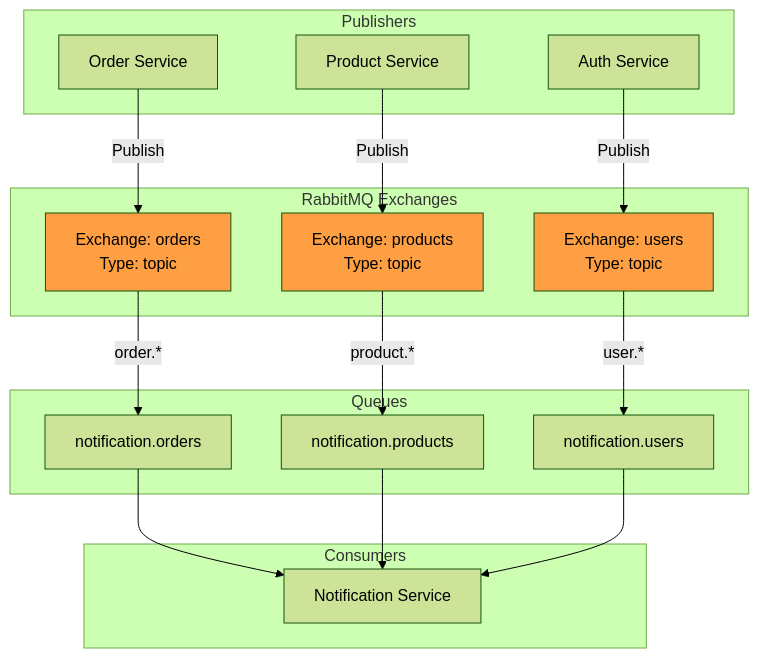
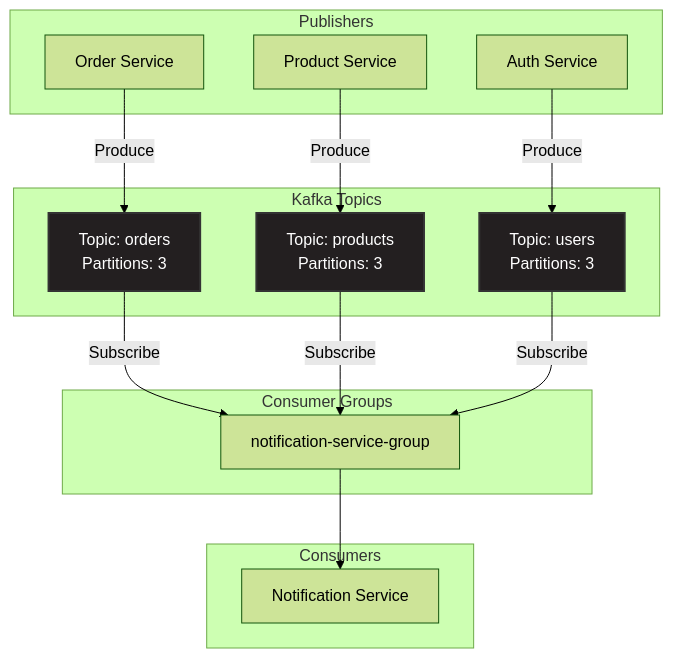
The third of 6 diagrams in README.md (paelsam/class_smart_microservices), drawn with Mermaid (forest theme) before and after one commit. The commit also changed other lines of this file, not shown here.

````diff
--- a/README.md
+++ b/README.md
@@ -571,40 +572,36 @@
 ```mermaid
 graph TB
     subgraph "Publishers"
         P1[Order Service]
         P2[Product Service]
         P3[Auth Service]
     end
     
-    subgraph "RabbitMQ Exchanges"
-        EX1[Exchange: orders<br/>Type: topic]
-        EX2[Exchange: products<br/>Type: topic]
-        EX3[Exchange: users<br/>Type: topic]
+    subgraph "Kafka Topics"
+        T1[Topic: orders<br/>Partitions: 3]
+        T2[Topic: products<br/>Partitions: 3]
+        T3[Topic: users<br/>Partitions: 3]
     end
     
-    subgraph "Queues"
-        Q1[notification.orders]
-        Q2[notification.products]
-        Q3[notification.users]
+    subgraph "Consumer Groups"
+        CG1[notification-service-group]
     end
     
     subgraph "Consumers"
         C1[Notification Service]
     end
     
-    P1 -->|Publish| EX1
-    P2 -->|Publish| EX2
-    P3 -->|Publish| EX3
+    P1 -->|Produce| T1
+    P2 -->|Produce| T2
+    P3 -->|Produce| T3
     
-    EX1 -->|order.*| Q1
-    EX2 -->|product.*| Q2
-    EX3 -->|user.*| Q3
+    T1 -->|Subscribe| CG1
+    T2 -->|Subscribe| CG1
+    T3 -->|Subscribe| CG1
     
-    Q1 --> C1
-    Q2 --> C1
-    Q3 --> C1
+    CG1 --> C1
     
-    style EX1 fill:#ff9f43
-    style EX2 fill:#ff9f43
-    style EX3 fill:#ff9f43
+    style T1 fill:#231f20,stroke:#333,stroke-width:2px,color:#fff
+    style T2 fill:#231f20,stroke:#333,stroke-width:2px,color:#fff
+    style T3 fill:#231f20,stroke:#333,stroke-width:2px,color:#fff
 ```
````
